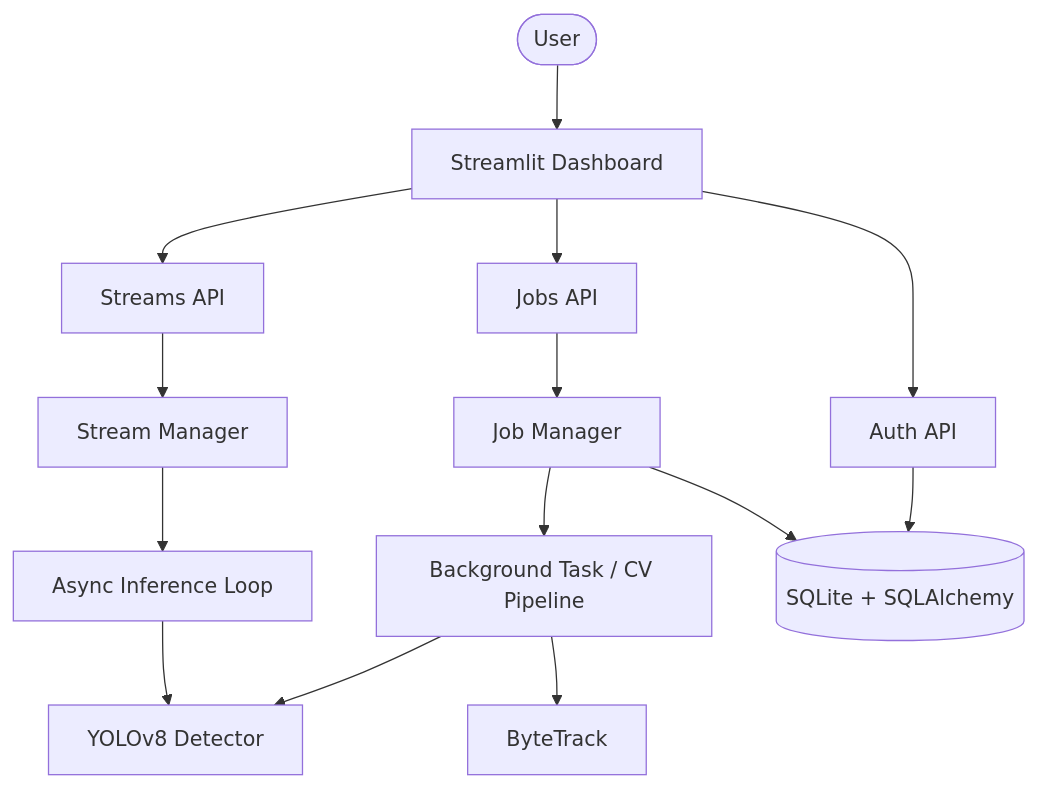
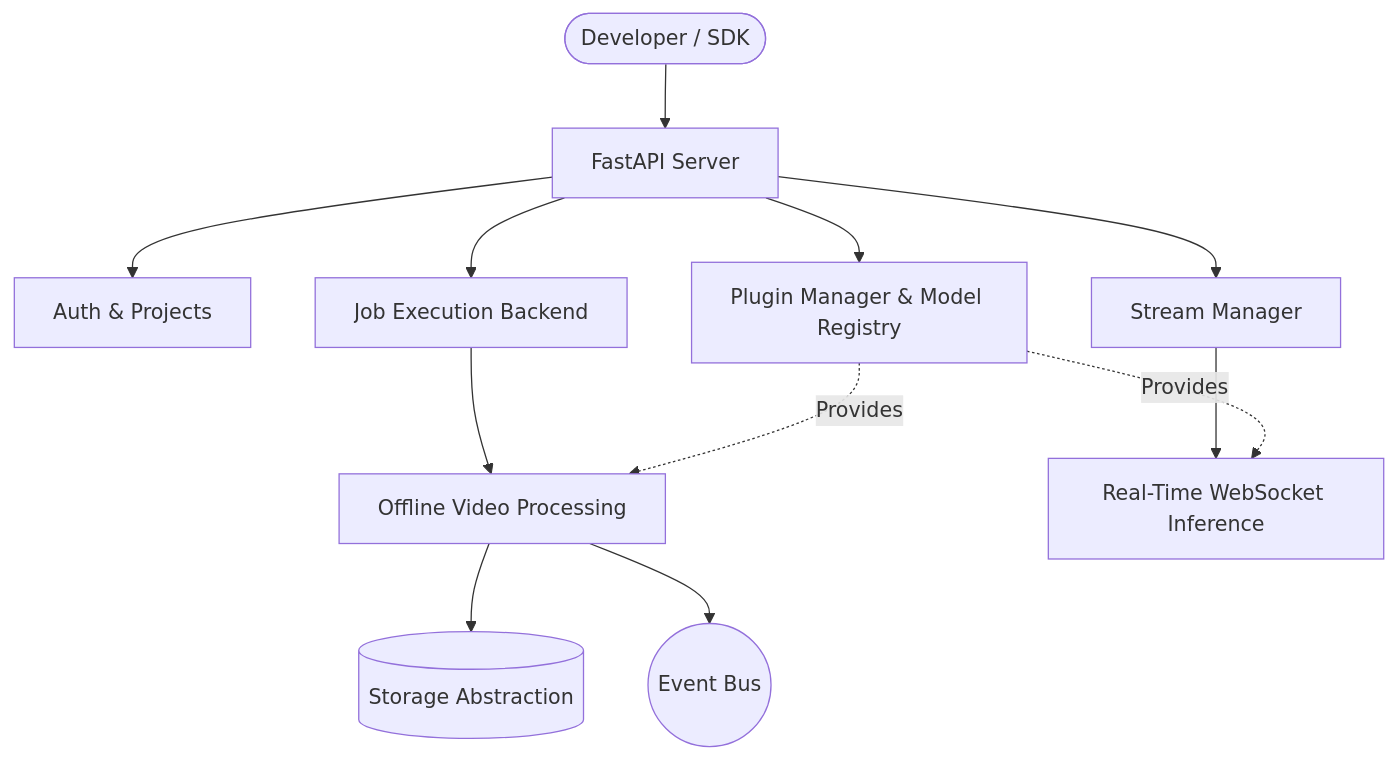
The diagram in object-tracker/README.md (shafeeq27edu-ai/Trackr), drawn with Mermaid before and after one commit. The commit also changed other lines of this file and 68 other files, not shown here.

````diff
--- a/object-tracker/README.md
+++ b/object-tracker/README.md
@@ -16,19 +29,18 @@
 ```mermaid
 graph TD
-    User([User]) --> Frontend[Streamlit Dashboard]
-    Frontend --> Auth[Auth API]
-    Frontend --> JobsAPI[Jobs API]
-    Frontend --> StreamsAPI[Streams API]
+    User([Developer / SDK]) --> API[FastAPI Server]
+    API --> Auth[Auth & Projects]
+    API --> Plugins[Plugin Manager & Model Registry]
     
-    JobsAPI --> JobMgr[Job Manager]
-    JobMgr --> Worker[Background Task / CV Pipeline]
-    Worker --> YOLO[YOLOv8 Detector]
-    Worker --> ByteTrack[ByteTrack]
+    API --> Jobs[Job Execution Backend]
+    Jobs --> Video[Offline Video Processing]
     
-    StreamsAPI --> StreamMgr[Stream Manager]
-    StreamMgr --> LiveLoop[Async Inference Loop]
-    LiveLoop --> YOLO
+    API --> Streams[Stream Manager]
+    Streams --> RTSP[Real-Time WebSocket Inference]
     
-    Auth --> DB[(SQLite + SQLAlchemy)]
-    JobMgr --> DB
+    Plugins -.-> |Provides| Video
+    Plugins -.-> |Provides| RTSP
+    
+    Video --> Storage[(Storage Abstraction)]
+    Video --> Events((Event Bus))
 ```
````
